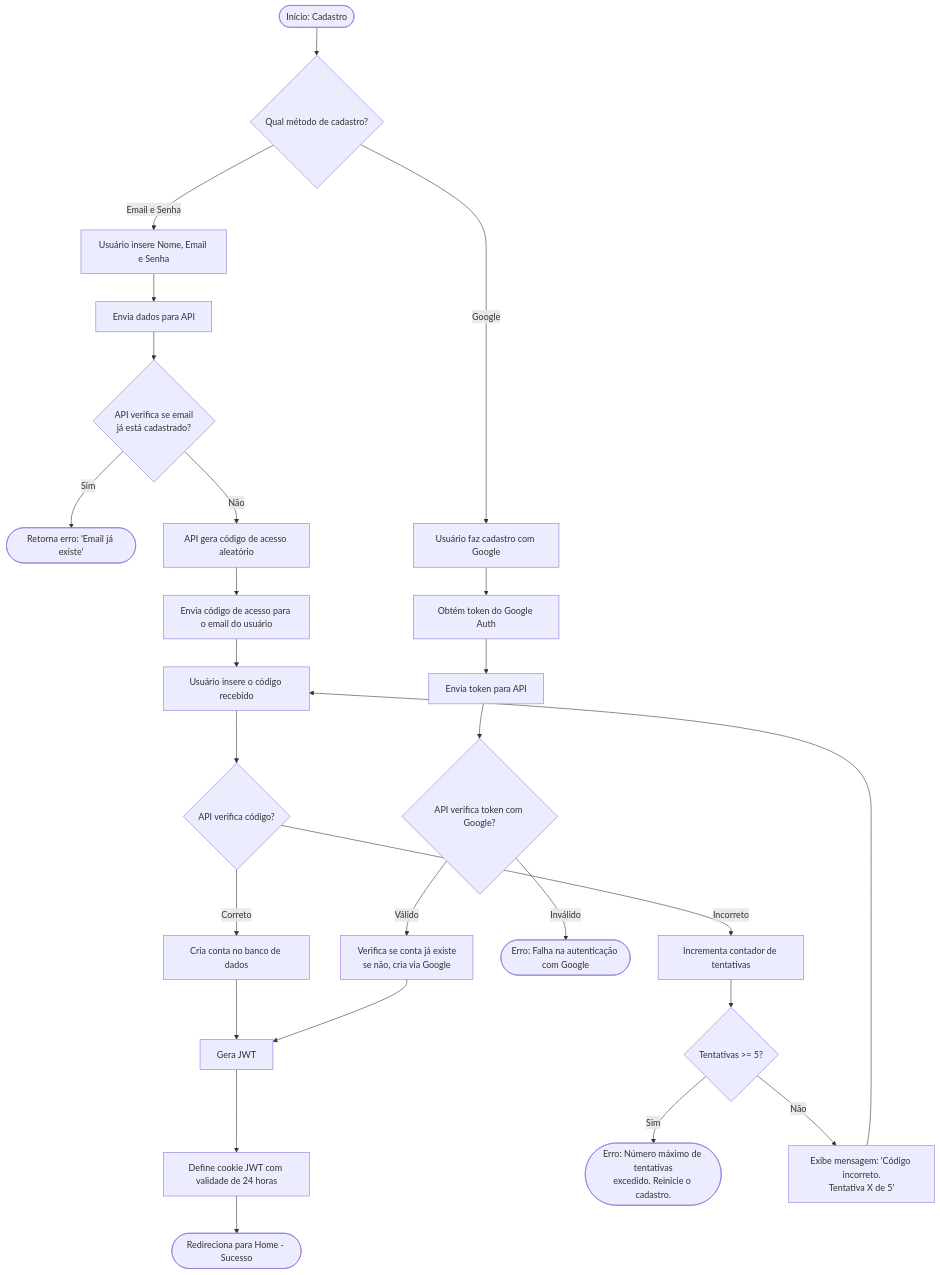
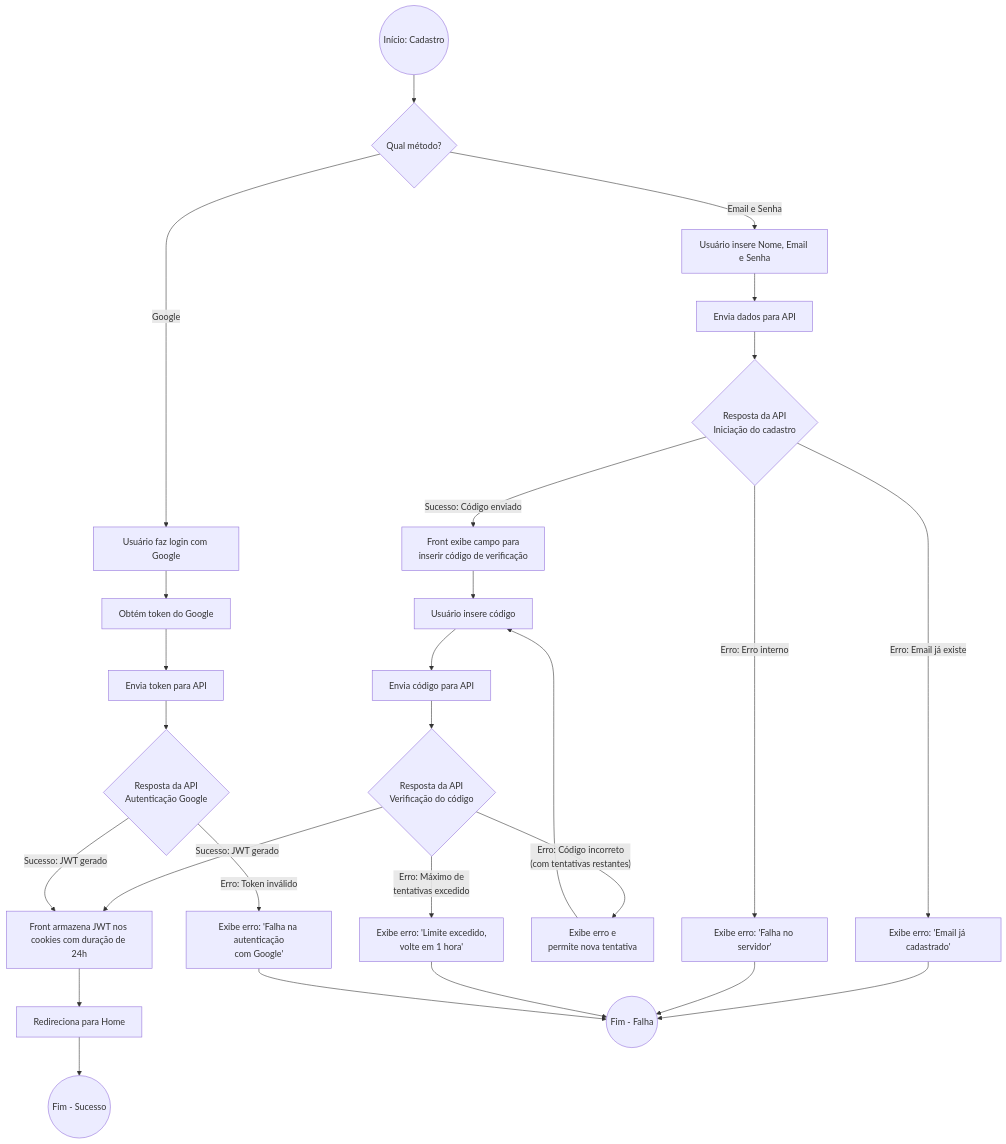
Before and after one commit to AsaphMoraes/AnotaAqui: the second of 14 diagrams in CONTEXT.md, drawn with Mermaid. The commit also changed other lines of this file, not shown here.

````diff
--- a/CONTEXT.md
+++ b/CONTEXT.md
@@ -47,34 +55,40 @@
 ```mermaid
     flowchart TB
-    A([Início: Cadastro]) --> B{Qual método de cadastro?}
+    A((Início: Cadastro)) --> B{Qual método?}
 
     %% ===== FLUXO EMAIL E SENHA =====
     B -->|Email e Senha| C[Usuário insere Nome, Email e Senha]
     C --> D[Envia dados para API]
-    D --> E{API verifica se email<br>já está cadastrado?}
-    E -->|Sim| F([Retorna erro: 'Email já existe'])
-    E -->|Não| G[API gera código de acesso aleatório]
-    G --> H[Envia código de acesso para o email do usuário]
-    H --> I[Usuário insere o código recebido]
+
+    D --> E{Resposta da API<br>Iniciação do cadastro}
+    E -->|Sucesso: Código enviado| F[Front exibe campo para<br>inserir código de verificação]
+    E -->|Erro: Email já existe| G[Exibe erro: 'Email já cadastrado']
+    E -->|Erro: Erro interno| H[Exibe erro: 'Falha no servidor']
+
+    F --> I[Usuário insere código]
+    I --> J[Envia código para API]
+
+    J --> K{Resposta da API<br>Verificação do código}
+    K -->|Sucesso: JWT gerado| L[Front armazena JWT nos cookies com duração de 24h]
+    L --> M[Redireciona para Home]
+    M --> N((Fim - Sucesso))
+
+    K -->|"Erro: Código incorreto<br>(com tentativas restantes)"| O[Exibe erro e<br>permite nova tentativa]
+    O --> I
+
+    K -->|Erro: Máximo de<br>tentativas excedido| P[Exibe erro: 'Limite excedido,<br>volte em 1 hora']
     
-    I --> J{API verifica código?}
-    J -->|Correto| K[Cria conta no banco de dados]
-    K --> L[Gera JWT]
-    L --> M[Define cookie JWT com validade de 24 horas]
-    M --> N([Redireciona para Home - Sucesso])
-    
-    J -->|Incorreto| O[Incrementa contador de tentativas]
-    O --> P{Tentativas >= 5?}
-    P -->|Sim| Q([Erro: Número máximo de tentativas<br>excedido. Reinicie o cadastro.])
-    P -->|Não| R[Exibe mensagem: 'Código incorreto.<br>Tentativa X de 5']
-    R --> I
+    G --> Q((Fim - Falha))
+    H --> Q
+    P --> Q
 
     %% ===== FLUXO GOOGLE =====
-    B -->|Google| S[Usuário faz cadastro com Google]
-    S --> T[Obtém token do Google Auth]
-    T --> U[Envia token para API]
-    U --> V{API verifica token com Google?}
-    V -->|Inválido| W([Erro: Falha na autenticação com Google])
-    V -->|Válido| X[Verifica se conta já existe<br>se não, cria via Google]
-    X --> L
+    B -->|Google| R[Usuário faz login com Google]
+    R --> S[Obtém token do Google]
+    S --> T[Envia token para API]
+
+    T --> U{Resposta da API<br>Autenticação Google}
+    U -->|Sucesso: JWT gerado| L
+    U -->|Erro: Token inválido| V[Exibe erro: 'Falha na autenticação<br>com Google']
+    V --> Q
 ```
````
